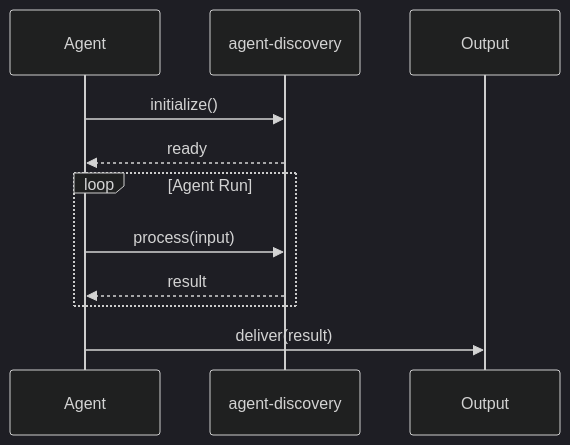
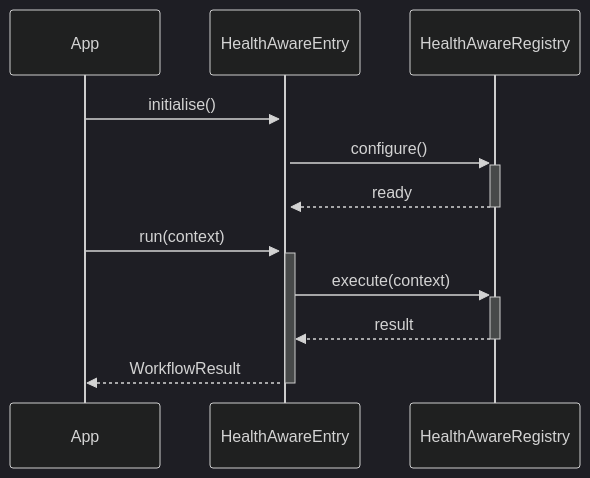
One commit to darshjme/anveshana changed the second of 2 diagrams in README.md. Above: the diagram before and after it, drawn with Mermaid (dark theme). The commit also changed other lines of this file and 1 other file, not shown here.

````diff
--- a/README.md
+++ b/README.md
@@ -72,16 +98,14 @@
 ```mermaid
 sequenceDiagram
-    participant Agent
-    participant AgentDiscovery as agent-discovery
-    participant Output
+    participant App
+    participant HealthAwareEntry
+    participant HealthAwareRegistry
 
-    Agent->>AgentDiscovery: initialize()
-    AgentDiscovery-->>Agent: ready
-
-    loop Agent Run
-        Agent->>AgentDiscovery: process(input)
-        AgentDiscovery-->>Agent: result
-    end
-
-    Agent->>Output: deliver(result)
+    App->>+HealthAwareEntry: initialise()
+    HealthAwareEntry->>+HealthAwareRegistry: configure()
+    HealthAwareRegistry-->>-HealthAwareEntry: ready
+    App->>+HealthAwareEntry: run(context)
+    HealthAwareEntry->>+HealthAwareRegistry: execute(context)
+    HealthAwareRegistry-->>-HealthAwareEntry: result
+    HealthAwareEntry-->>-App: WorkflowResult
 ```
````
